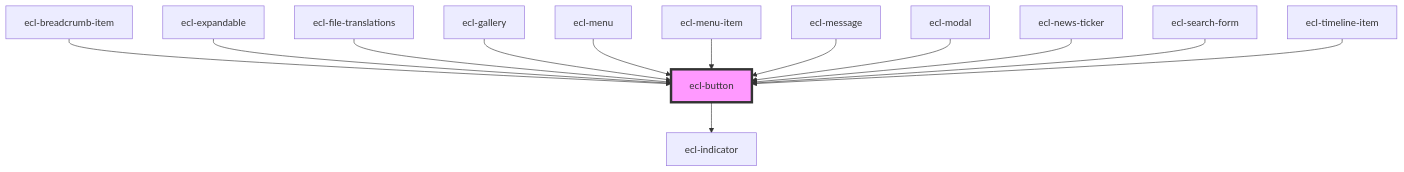
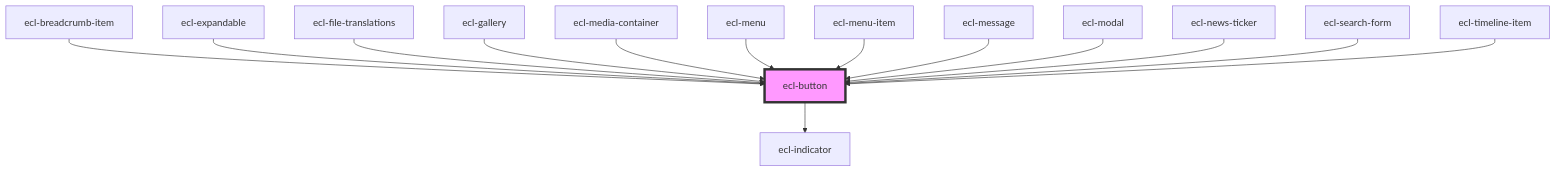
The diagram in src/components/ecl-button/readme.md (ec-europa/ecl-webcomponents), drawn with Mermaid before and after one commit. The commit also changed other lines of this file and 26 other files, not shown here.

Commit message:
feat(media-container): Updating component to v5 - FRONT-4986

````diff
--- a/src/components/ecl-button/readme.md
+++ b/src/components/ecl-button/readme.md
@@ -43,16 +45,17 @@
 ```mermaid
 graph TD;
   ecl-button --> ecl-indicator
   ecl-breadcrumb-item --> ecl-button
   ecl-expandable --> ecl-button
   ecl-file-translations --> ecl-button
   ecl-gallery --> ecl-button
+  ecl-media-container --> ecl-button
   ecl-menu --> ecl-button
   ecl-menu-item --> ecl-button
   ecl-message --> ecl-button
   ecl-modal --> ecl-button
   ecl-news-ticker --> ecl-button
   ecl-search-form --> ecl-button
   ecl-timeline-item --> ecl-button
   style ecl-button fill:#f9f,stroke:#333,stroke-width:4px
 ```
````
